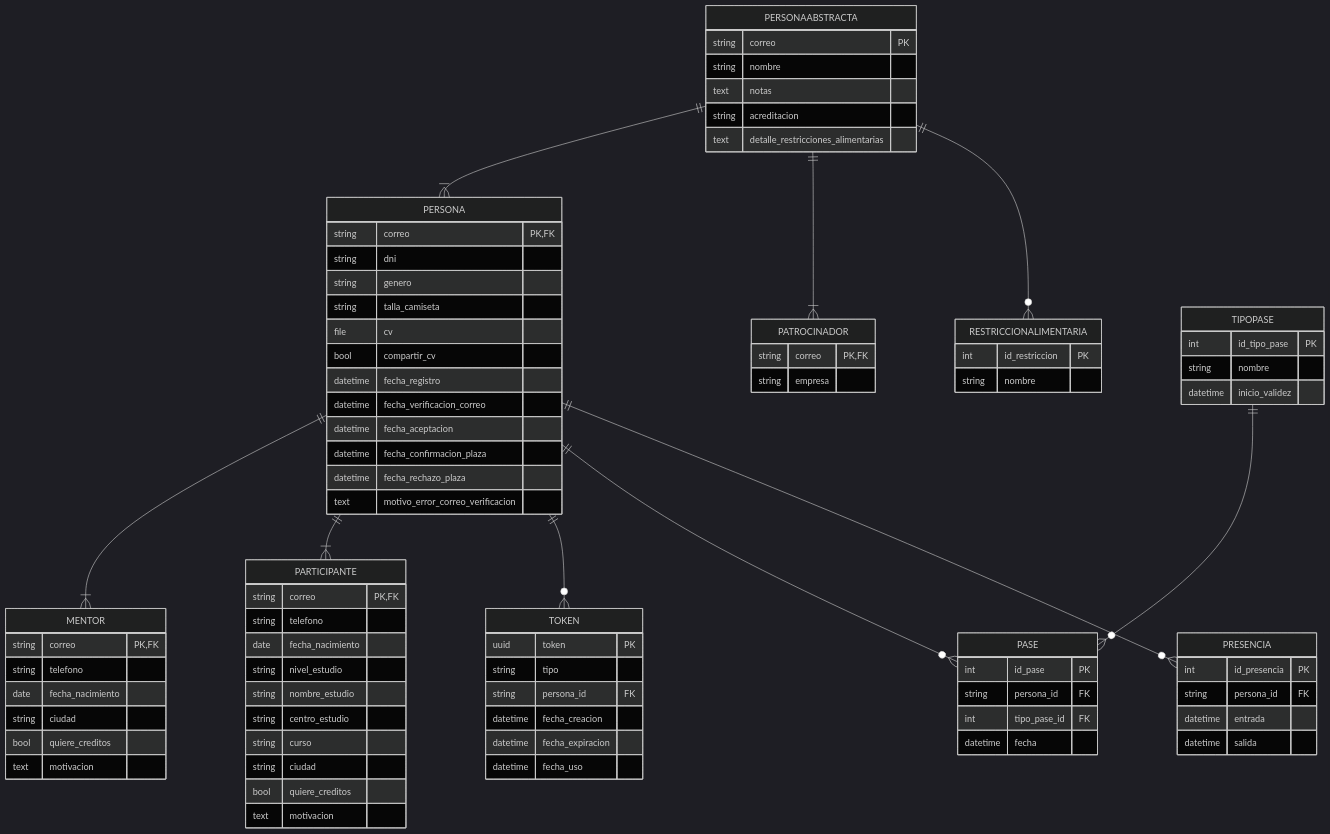
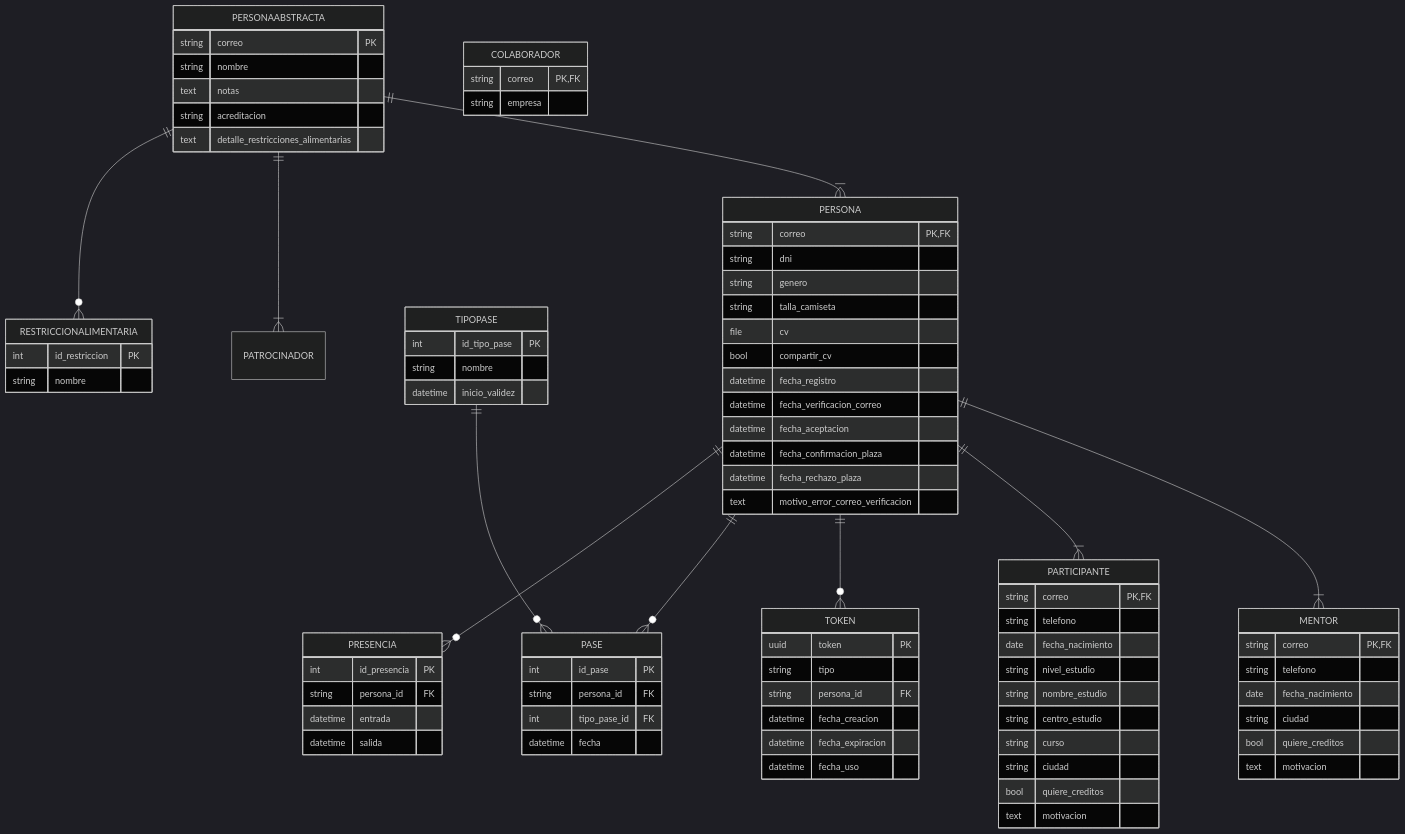
The diagram in doc/modelos.md (danicallero/hackackathon), drawn with Mermaid (dark theme) before and after one commit. The commit also changed 7 other files, not shown here.

```diff
--- a/doc/modelos.md
+++ b/doc/modelos.md
@@ -17,7 +17,7 @@
         text detalle_restricciones_alimentarias
     }
 
-    PATROCINADOR {
+    COLABORADOR {
         string correo PK, FK
         string empresa
     }
```
